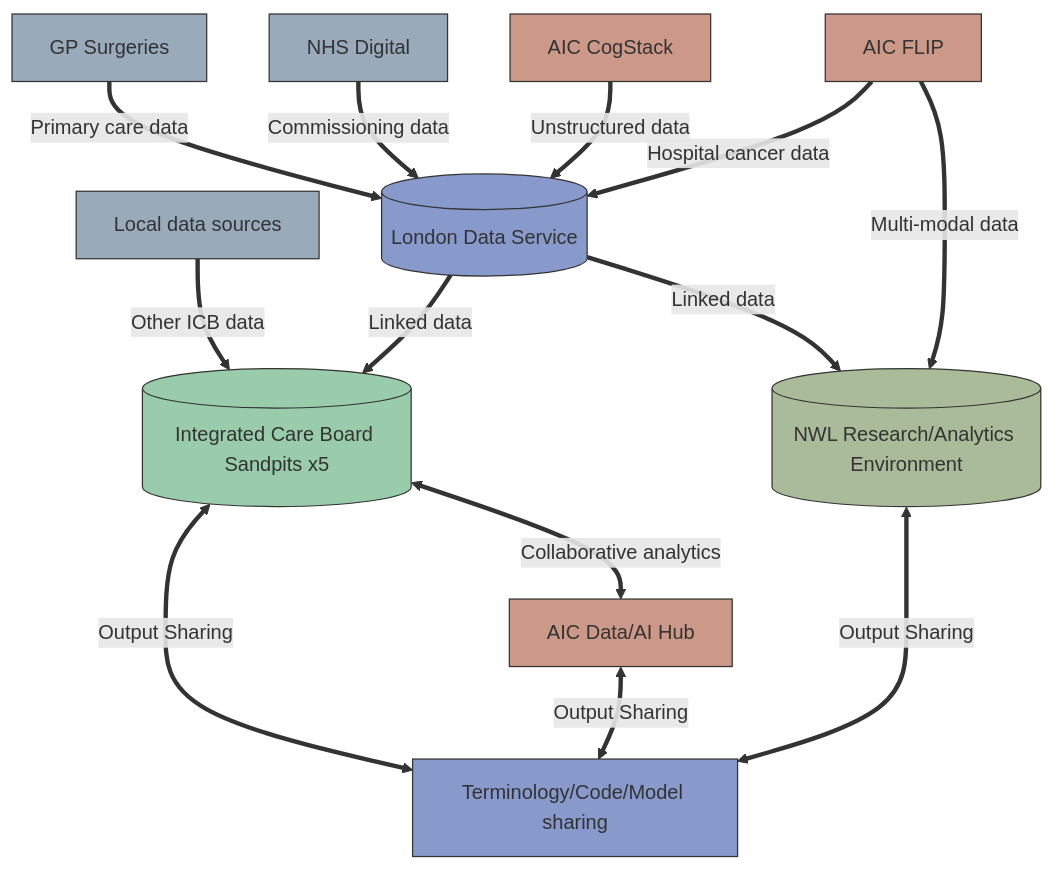
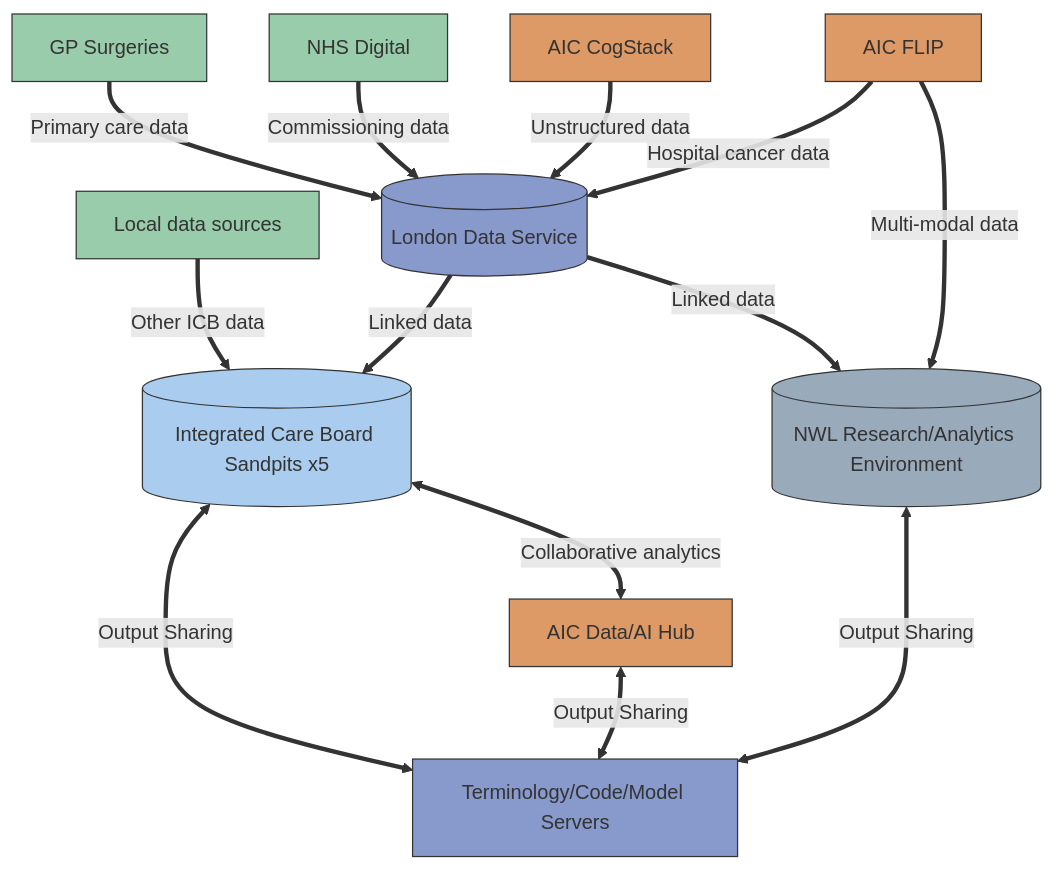
The diagram in docs/index.qmd (d3london/sde-aic), drawn with Mermaid before and after one commit. The commit also changed other lines of this file and 8 other files, not shown here.

````diff
--- a/docs/index.qmd
+++ b/docs/index.qmd
@@ -24,34 +25,35 @@
 ```{mermaid}
 %%| label: fig-sde-summary
 %%| fig-cap: "Summary of SDE components and data flows. Each London ICB is provisioned with its own data/analytics environment through the LDS. FLIP = Federated Learning and Interoperability Platform."
 flowchart TD
     d1[GP Surgeries] ==>|Primary care data| LDS1[(London Data Service)]
     d2[NHS Digital] ==>|Commissioning data| LDS1
     d3[Local data sources] ==>|Other ICB data| ICB
     AIC1[AIC CogStack] ==>|Unstructured data| LDS1
     LDS1 ==>|Linked data| NWL1[(NWL Research/Analytics Environment)]
     AIC2[AIC FLIP] ==> |Multi-modal data| NWL1
     AIC2[AIC FLIP] ==> |Hospital cancer data| LDS1
     LDS1 ==>|Linked data| ICB[(Integrated Care Board Sandpits x5)]
 
     ICB <==>|Collaborative analytics| AIC3[AIC Data/AI Hub]
-    ICB <==>|Output Sharing| LDS2[Terminology/Code/Model sharing]
+    ICB <==>|Output Sharing| LDS2[Terminology/Code/Model Servers]
     AIC3 <==>|Output Sharing| LDS2
     NWL1 <==>|Output Sharing| LDS2
 
     classDef green fill:#ab9, stroke:#333, stroke-width:1px
     classDef blue fill:#89c, stroke:#333, stroke-width:1px
     classDef bluegreen fill:#9ca, stroke:#333, stroke-width:1px
+    classDef lightblue fill:#ace, stroke:#333, stroke-width:1px
     classDef red fill:#c89, stroke:#333, stroke-width:1px
     classDef lightorange fill:#ca8, stroke:#333, stroke-width:1px
-    classDef orange fill:#c98, stroke:#333, stroke-width:1px
+    classDef orange fill:#d96, stroke:#333, stroke-width:1px
     classDef purple fill:#a9c, stroke:#333, stroke-width:1px
     classDef bluegray fill:#9ab, stroke:#333, stroke-width:1px
     classDef gray fill:#fff, stroke:#333, stroke-width:1px
 
     class LDS1,LDS2 blue
-    class ICB bluegreen
+    class ICB lightblue
     class AIC1,AIC2,AIC3 orange
-    class NWL1,NWL2 green
-    class d1,d2,d3 bluegray
+    class NWL1,NWL2 bluegray
+    class d1,d2,d3 bluegreen
 ```
````
